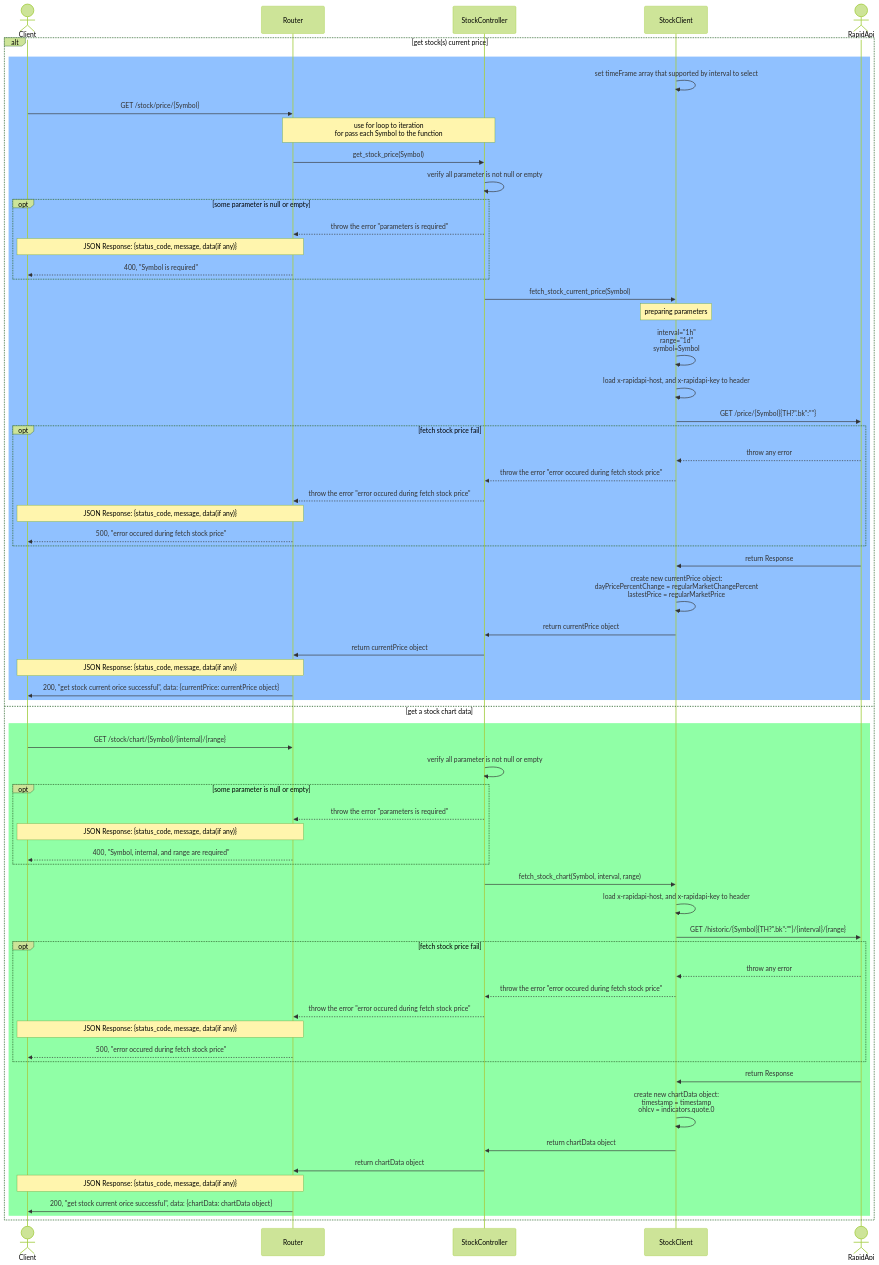
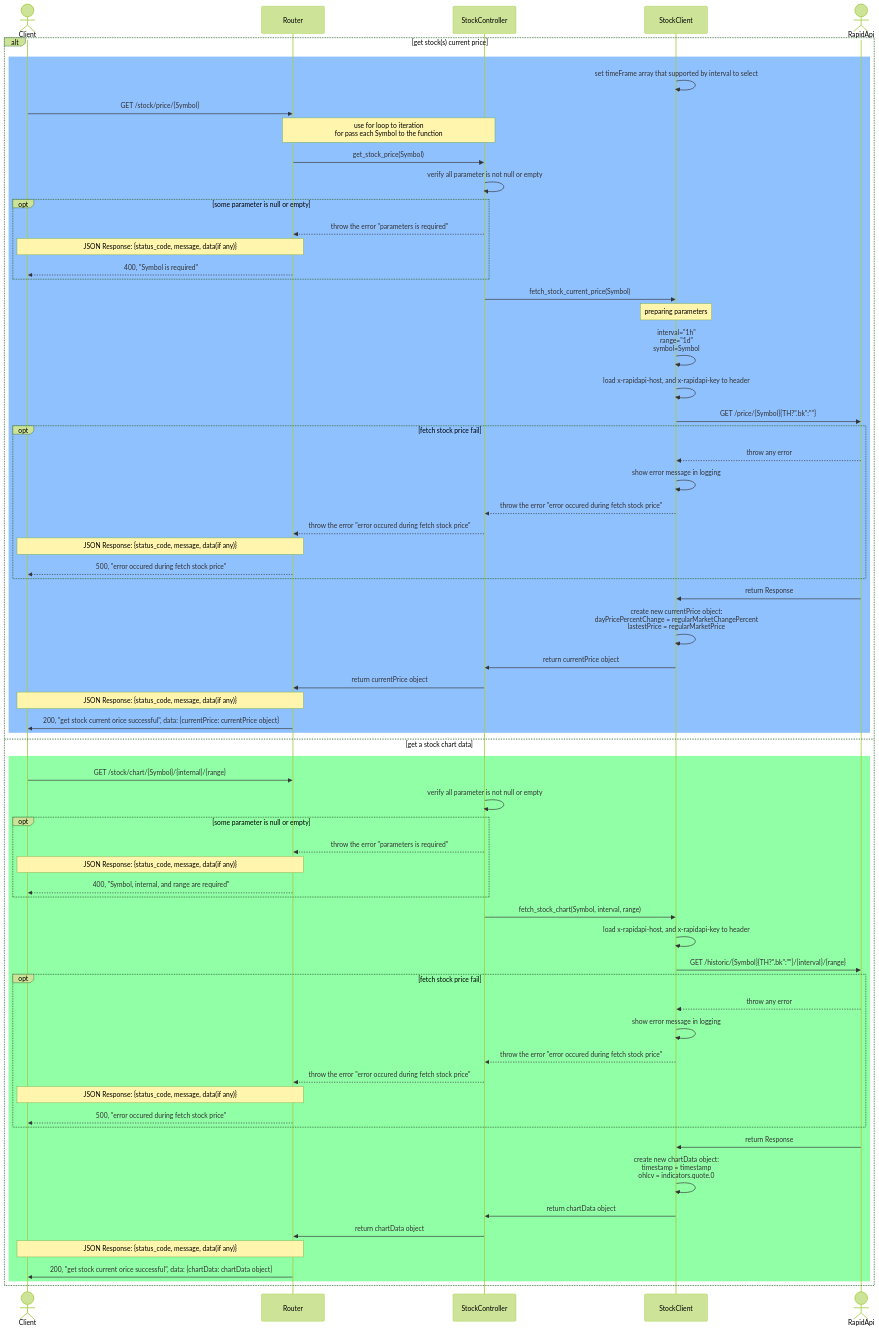
One commit to SawatKia/WealthTracking changed the diagram in design/api/Stocks.mmd. Above: the diagram before and after it, drawn with Mermaid (forest theme). The commit also changed 13 other files, not shown here.

Commit message:
add show error message in log

```diff
--- a/design/api/Stocks.mmd
+++ b/design/api/Stocks.mmd
@@ -1,72 +1,74 @@
 sequenceDiagram
     actor Client
     participant Router
     participant Cont as StockController
     participant Stock as StockClient
     actor RapidApi
     %% STOCK_PULSE_API document: https://rapidapi.com/manwilbahaa/api/yahoo-finance127
 
     %% add STOCK_PULSE_API_URL = "https://yahoo-finance127.p.rapidapi.com" to .env
     %% add x-rapidapi-host, and x-rapidapi-key from STOCK_PULSE_API document to .env
 
     alt get stock(s) current price
         rect rgb(144,193,255)
             Stock->>Stock: set timeFrame array that supported by interval to select
             Client->>Router: GET /stock/price/{Symbol}
             Note over Router, Cont: use for loop to iteration<br>for pass each Symbol to the function
             Router->>Cont: get_stock_price(Symbol)
             Cont->>Cont: verify all parameter is not null or empty
             opt some parameter is null or empty
                 Cont-->>Router: throw the error "parameters is required"
                 Note over Router,Client: JSON Response: {status_code, message, data(if any)}
                 Router-->>Client: 400, "Symbol is required"
             end
             Cont->>Stock: fetch_stock_current_price(Symbol)
             Note over Stock: preparing parameters
             Stock->>Stock: interval="1h"<br>range="1d"<br>symbol=Symbol
             Stock->>Stock: load x-rapidapi-host, and x-rapidapi-key to header
             Stock->>RapidApi: GET /price/{Symbol}{TH?".bk":""}
             opt fetch stock price fail
                 RapidApi-->>Stock: throw any error
+                Stock->>Stock: show error message in logging
                 Stock-->>Cont: throw the error "error occured during fetch stock price"
                 Cont-->>Router: throw the error "error occured during fetch stock price"
                 Note over Router,Client: JSON Response: {status_code, message, data(if any)}
                 Router-->>Client: 500, "error occured during fetch stock price"
             end
             RapidApi->>Stock: return Response
             Stock->>Stock: create new currentPrice object:<br>dayPricePercentChange = regularMarketChangePercent<br>lastestPrice = regularMarketPrice
 
             Stock->>Cont: return currentPrice object
             Cont->>Router: return currentPrice object
             Note over Router,Client: JSON Response: {status_code, message, data(if any)}
             Router->>Client: 200, "get stock current orice successful", data: {currentPrice: currentPrice object}
         end
     else get a stock chart data
         rect rgb(144,255,166)
         %% interval is timeFrame, range is how long do you want the data 
             Client->> Router: GET /stock/chart/{Symbol}/{internal}/{range}
             Cont->>Cont: verify all parameter is not null or empty
             opt some parameter is null or empty
                 Cont-->>Router: throw the error "parameters is required"
                 Note over Router,Client: JSON Response: {status_code, message, data(if any)}
                 Router-->>Client: 400, "Symbol, internal, and range are required"
             end
             Cont->>Stock: fetch_stock_chart(Symbol, interval, range)
             Stock->>Stock: load x-rapidapi-host, and x-rapidapi-key to header
             Stock->>RapidApi: GET /historic/{Symbol}{TH?".bk":""}/{interval}/{range}
             opt fetch stock price fail
                 RapidApi-->>Stock: throw any error
+                Stock->>Stock: show error message in logging
                 Stock-->>Cont: throw the error "error occured during fetch stock price"
                 Cont-->>Router: throw the error "error occured during fetch stock price"
                 Note over Router,Client: JSON Response: {status_code, message, data(if any)}
                 Router-->>Client: 500, "error occured during fetch stock price"
             end
             RapidApi->>Stock: return Response
             Stock->>Stock: create new chartData object:<br>timestamp = timestamp<br>ohlcv = indicators.quote.0
             Stock->>Cont: return chartData object
             Cont->>Router: return chartData object
             Note over Router,Client: JSON Response: {status_code, message, data(if any)}
             Router->>Client: 200, "get stock current orice successful", data: {chartData: chartData object}
 
         end
     end
```
